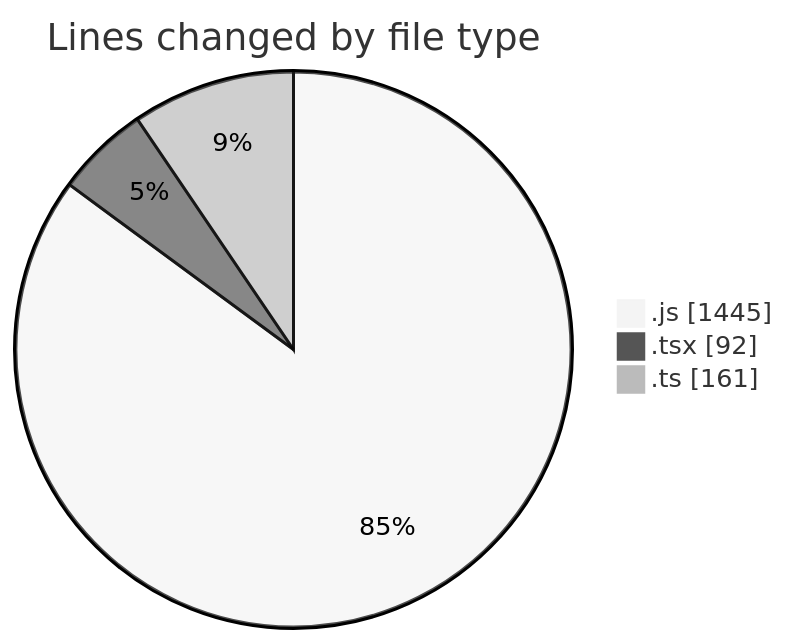
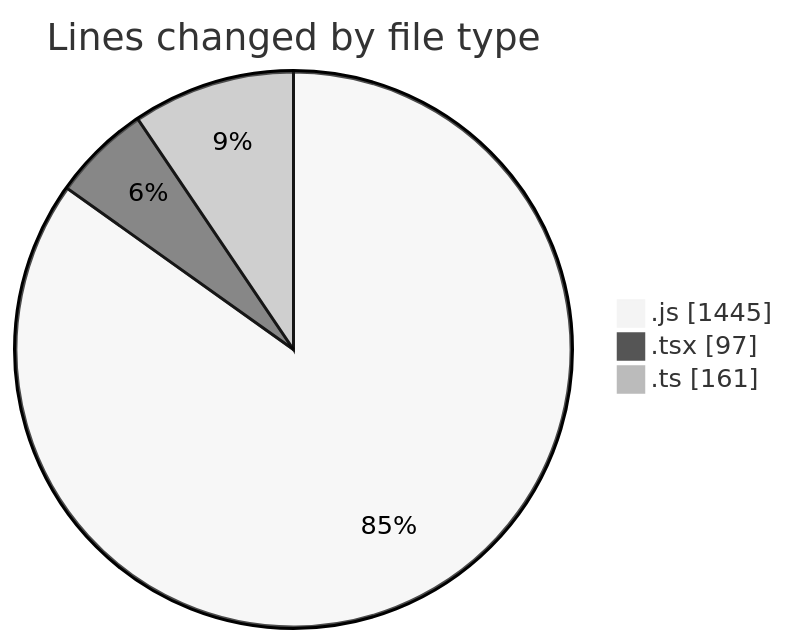
Before and after one commit to momahboobian/code-tracking: the first of 2 diagrams in 2025-03-13/cda/README.md, drawn with Mermaid (neutral theme). The commit also changed other lines of this file and 1 other file, not shown here.

````diff
--- a/2025-03-13/cda/README.md
+++ b/2025-03-13/cda/README.md
@@ -28,7 +28,7 @@
 ```mermaid
 pie showData
 title Lines changed by file type
 ".js" : 1445
-".tsx" : 92
+".tsx" : 97
 ".ts" : 161
 ```
````
